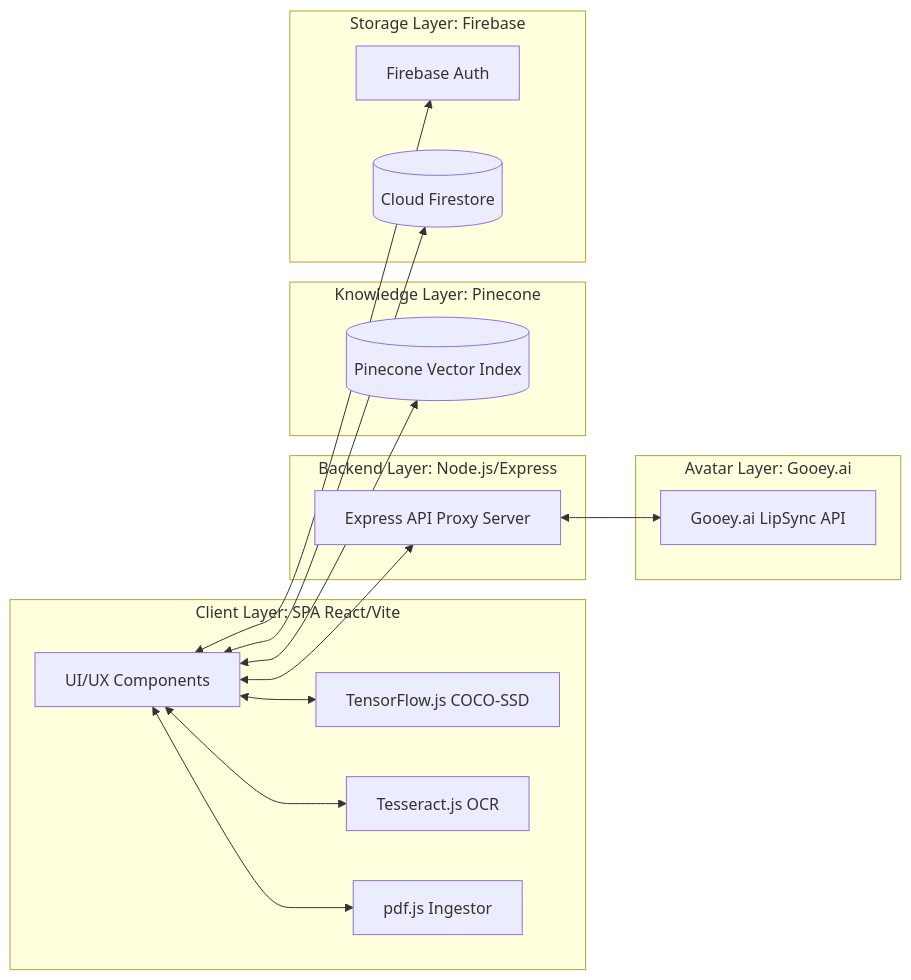
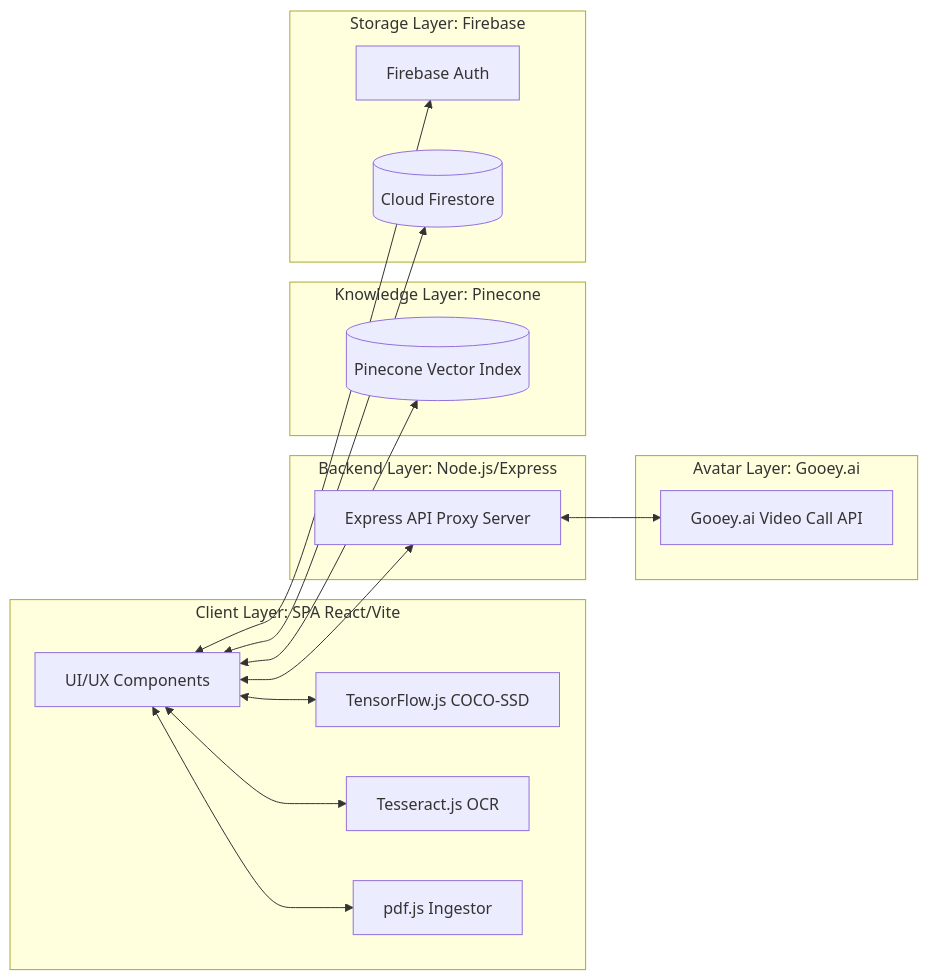
The second of 2 diagrams in README.md (viv2005ek/ThreadAi-RealTimeAiVideoCall), drawn with Mermaid before and after one commit. The commit also changed other lines of this file and 1 other file, not shown here.

Commit message:
added arhitecutre diagram and future scope in readme

````diff
--- a/README.md
+++ b/README.md
@@ -161,38 +161,38 @@
 ```mermaid
 graph LR
     subgraph Frontend [Client Layer: SPA React/Vite]
         UI[UI/UX Components]
         TFlow[TensorFlow.js COCO-SSD]
         Tess[Tesseract.js OCR]
         PDF[pdf.js Ingestor]
     end
 
     subgraph Backend [Backend Layer: Node.js/Express]
         Proxy[Express API Proxy Server]
     end
 
     subgraph Knowledge [Knowledge Layer: Pinecone]
         Pcone[(Pinecone Vector Index)]
     end
 
     subgraph Storage [Storage Layer: Firebase]
         FAuth[Firebase Auth]
         FStore[(Cloud Firestore)]
     end
 
     subgraph Avatar [Avatar Layer: Gooey.ai]
-        Gooey[Gooey.ai LipSync API]
+        Gooey[Gooey.ai Video Call API]
     end
 
     %% Client Connections
     UI <--> TFlow
     UI <--> Tess
     UI <--> PDF
     UI <--> FAuth
     UI <--> FStore
     UI <--> Pcone
     
     %% Backend Proxies
     UI <--> Proxy
     Proxy <--> Gooey
 ```
````
